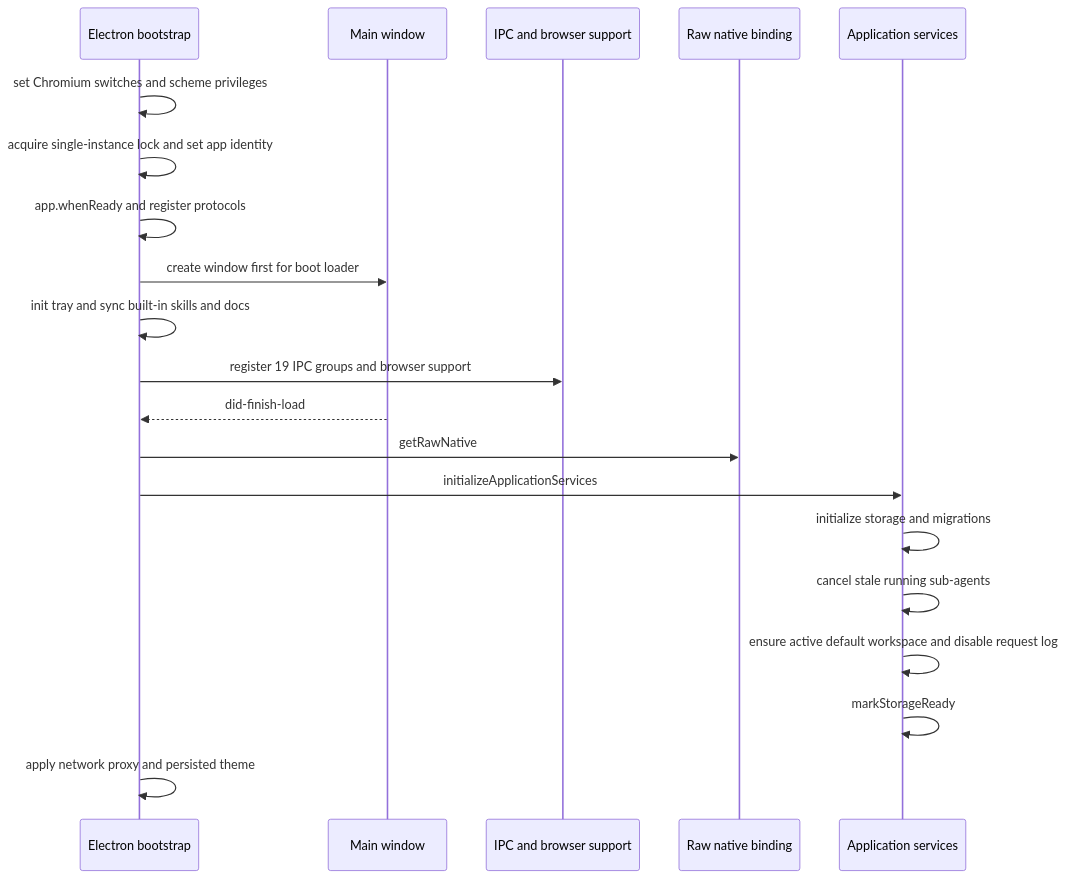
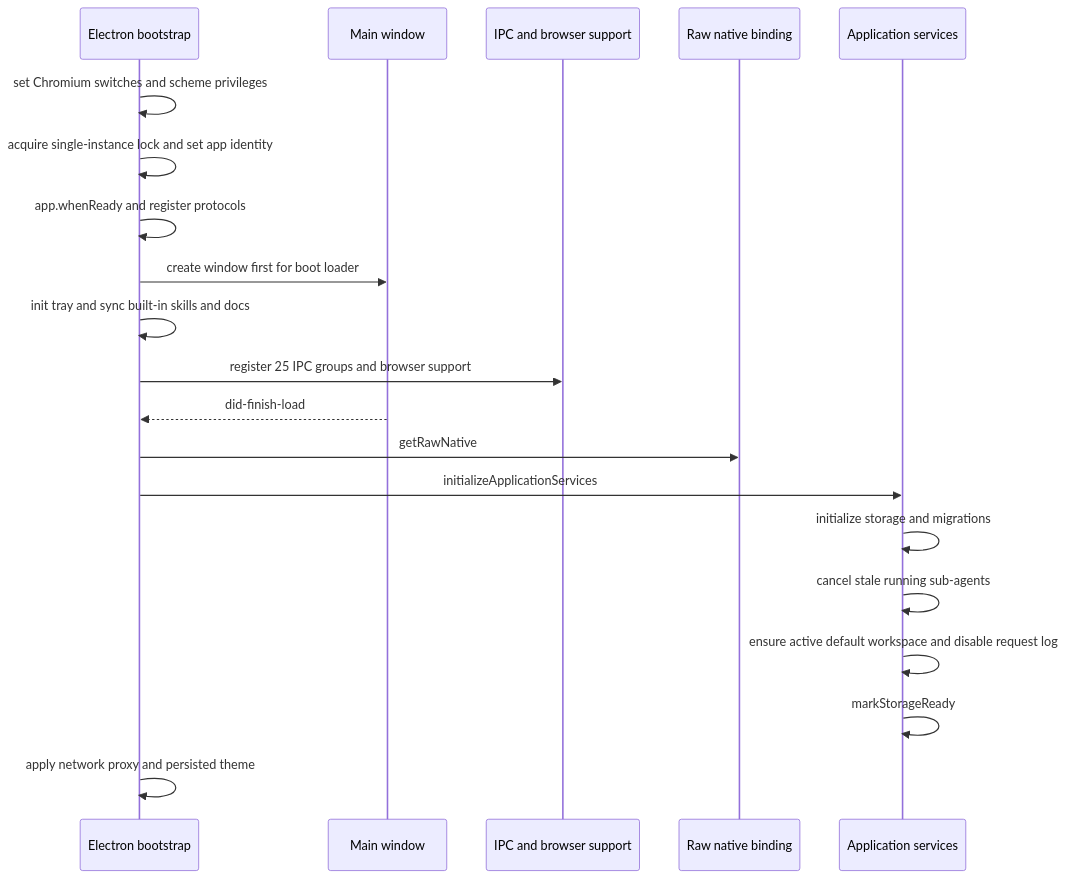
The fourth of 5 diagrams in docs/en/4-architecture-and-development/1-architecture-overview.md (BaSui01/snow-app), drawn with Mermaid before and after one commit. The commit also changed other lines of this file and 97 other files, not shown here.

````diff
--- a/docs/en/4-architecture-and-development/1-architecture-overview.md
+++ b/docs/en/4-architecture-and-development/1-architecture-overview.md
@@ -124,23 +122,23 @@
 ```mermaid
 sequenceDiagram
     participant E as Electron bootstrap
     participant W as Main window
     participant I as IPC and browser support
     participant N as Raw native binding
     participant S as Application services
 
     E->>E: set Chromium switches and scheme privileges
     E->>E: acquire single-instance lock and set app identity
     E->>E: app.whenReady and register protocols
     E->>W: create window first for boot loader
     E->>E: init tray and sync built-in skills and docs
-    E->>I: register 19 IPC groups and browser support
+    E->>I: register 25 IPC groups and browser support
     W-->>E: did-finish-load
     E->>N: getRawNative
     E->>S: initializeApplicationServices
     S->>S: initialize storage and migrations
     S->>S: cancel stale running sub-agents
     S->>S: ensure active default workspace and disable request log
     S->>S: markStorageReady
     E->>E: apply network proxy and persisted theme
 ```
````
